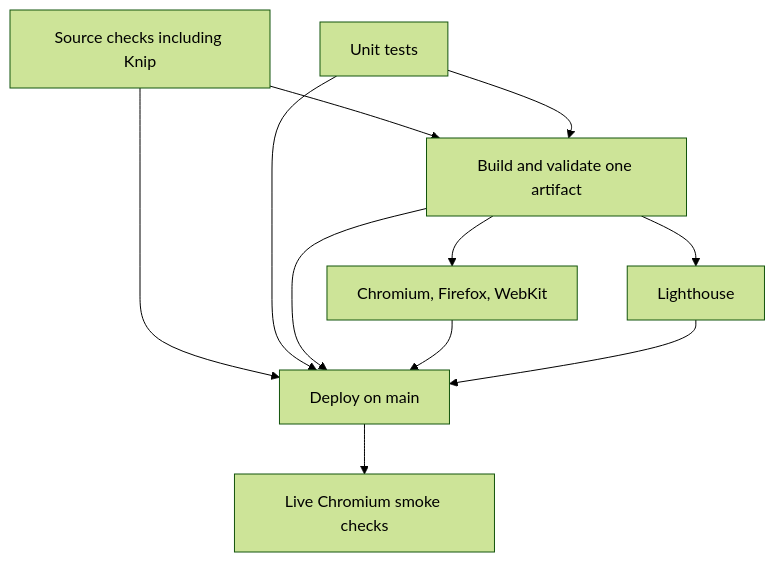
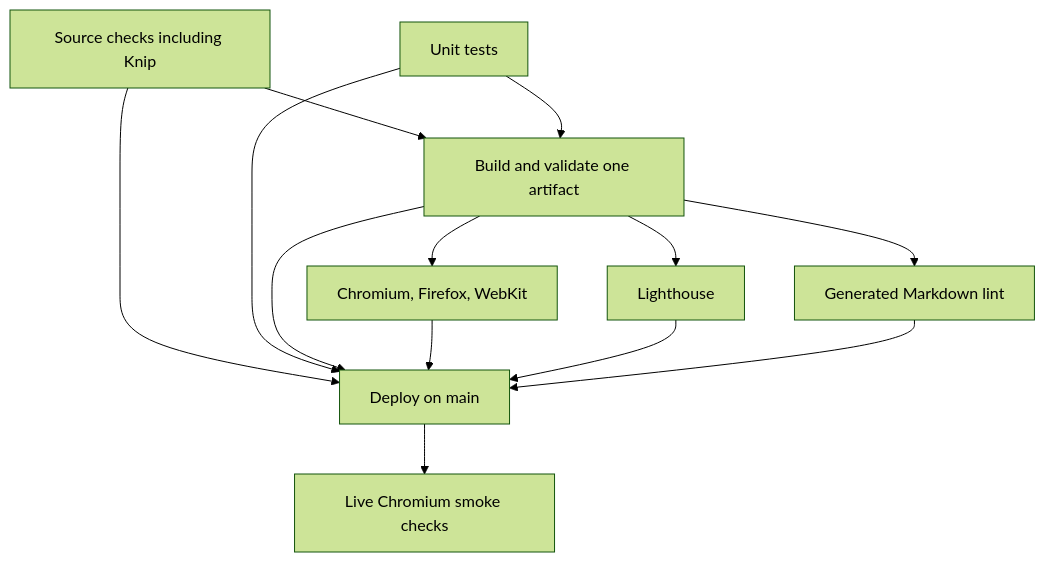
Before and after one commit to rahul0705/rahul0705.github.io: the diagram in docs/ci.md, drawn with Mermaid (forest theme). The commit also changed other lines of this file and 3 other files, not shown here.

Commit message:
Run generated Markdown lint alongside browser and Lighthouse checks

````diff
--- a/docs/ci.md
+++ b/docs/ci.md
@@ -11,13 +11,15 @@
 ```mermaid
 flowchart TD
   S[Source checks including Knip] --> B[Build and validate one artifact]
   U[Unit tests] --> B
   B --> P[Chromium, Firefox, WebKit]
   B --> L[Lighthouse]
+  B --> R[Generated Markdown lint]
   S --> D[Deploy on main]
   U --> D
   B --> D
   P --> D
   L --> D
+  R --> D
   D --> M[Live Chromium smoke checks]
 ```
````
